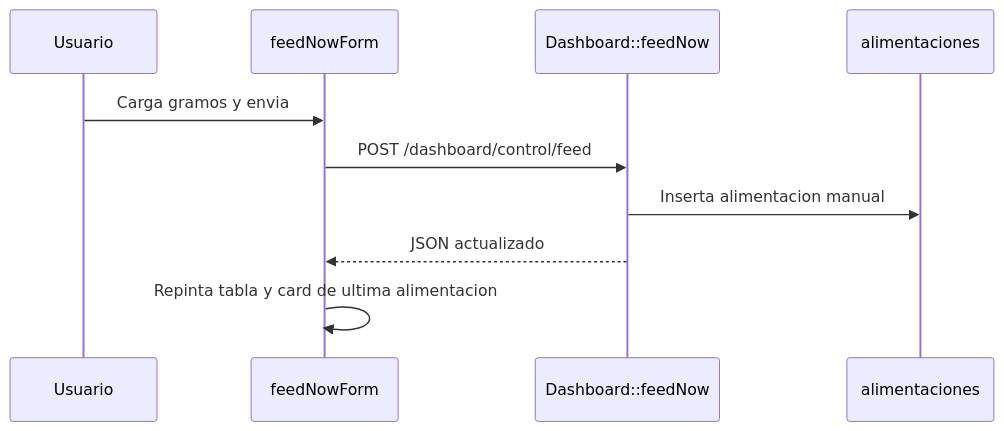
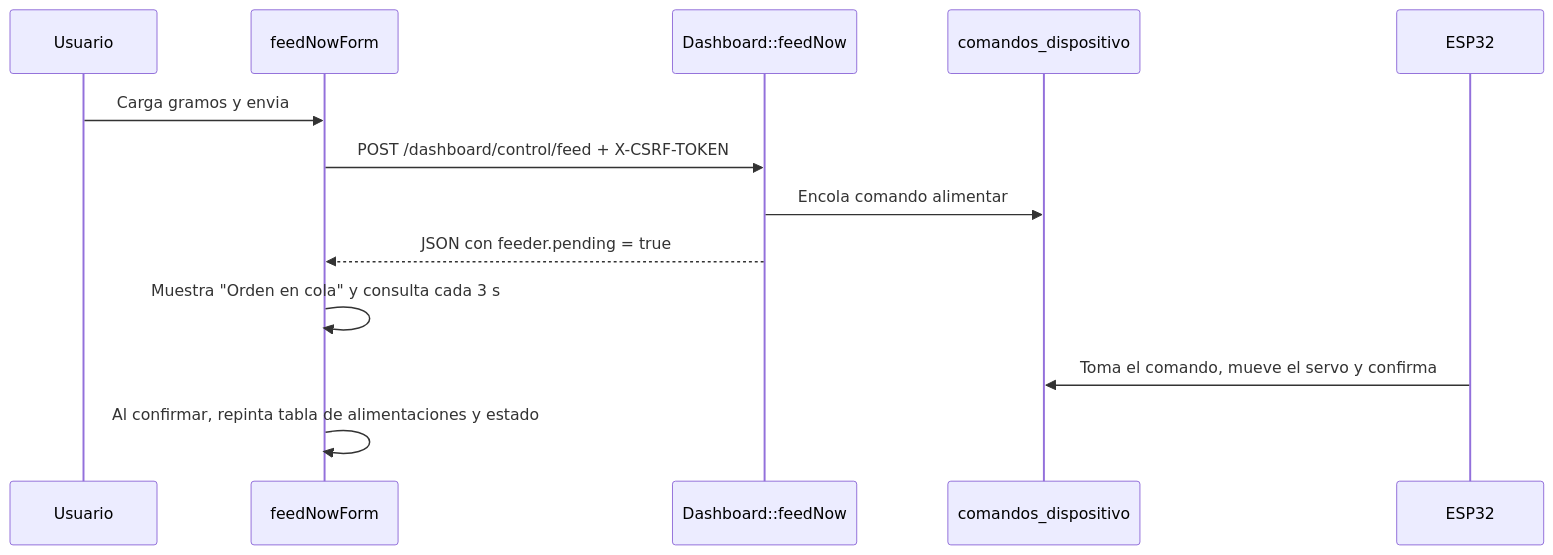
The fifth of 6 diagrams in FRONTEND_DOCUMENTACION.md (TuVieja22/AquaControl), drawn with Mermaid before and after one commit. The commit also changed other lines of this file and 41 other files, not shown here.

First line of the commit message:
IoT seguro, alimentador con servo, pedidos de Mercado Pago y hora Argentina

````diff
--- a/FRONTEND_DOCUMENTACION.md
+++ b/FRONTEND_DOCUMENTACION.md
@@ -513,12 +519,15 @@
 ```mermaid
 sequenceDiagram
     participant U as Usuario
     participant F as feedNowForm
     participant API as Dashboard::feedNow
-    participant DB as alimentaciones
+    participant Q as comandos_dispositivo
+    participant E as ESP32
     U->>F: Carga gramos y envia
-    F->>API: POST /dashboard/control/feed
-    API->>DB: Inserta alimentacion manual
-    API-->>F: JSON actualizado
-    F->>F: Repinta tabla y card de ultima alimentacion
+    F->>API: POST /dashboard/control/feed + X-CSRF-TOKEN
+    API->>Q: Encola comando alimentar
+    API-->>F: JSON con feeder.pending = true
+    F->>F: Muestra "Orden en cola" y consulta cada 3 s
+    E->>Q: Toma el comando, mueve el servo y confirma
+    F->>F: Al confirmar, repinta tabla de alimentaciones y estado
 ```
````
